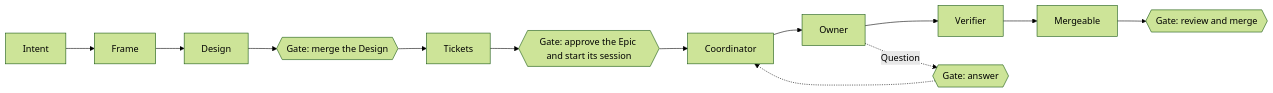
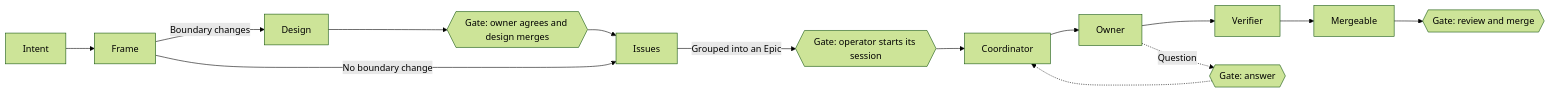
Before and after one commit to maro114510/skills: the first of 5 diagrams in docs/design/development-pipeline.md, drawn with Mermaid (forest theme). The commit also changed other lines of this file and 3 other files, not shown here.

````diff
--- a/docs/design/development-pipeline.md
+++ b/docs/design/development-pipeline.md
@@ -7,15 +7,16 @@
 ```mermaid
 flowchart LR
   I[Intent] --> F[Frame]
-  F --> D[Design]
-  D --> G1{{Gate: merge the Design}}
-  G1 --> T[Tickets]
-  T --> G2{{Gate: approve the Epic and start its session}}
+  F -->|Boundary changes| D[Design]
+  D --> G1{{Gate: owner agrees and design merges}}
+  G1 --> T[Issues]
+  F -->|No boundary change| T
+  T -->|Grouped into an Epic| G2{{Gate: operator starts its session}}
   G2 --> C[Coordinator]
   C --> O[Owner]
   O --> V[Verifier]
   V --> M[Mergeable]
   M --> G3{{Gate: review and merge}}
   O -. Question .-> G4{{Gate: answer}}
   G4 -.-> C
 ```
````
